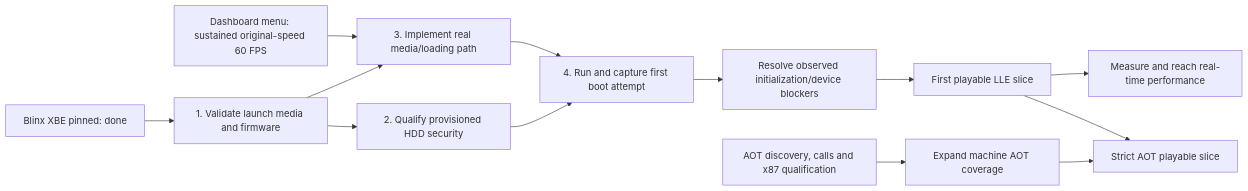
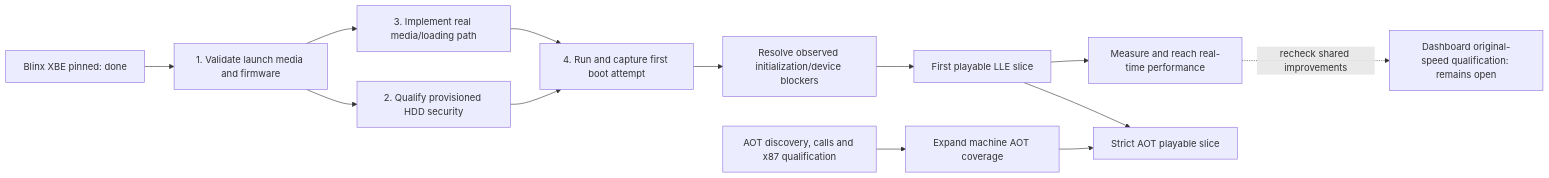
Before and after one commit to mstan/xboxllr: the diagram in docs/BLINX-BURNDOWN.md, drawn with Mermaid. The commit also changed other lines of this file and 18 other files, not shown here.

````diff
--- a/docs/BLINX-BURNDOWN.md
+++ b/docs/BLINX-BURNDOWN.md
@@ -34,15 +36,16 @@
 ```mermaid
 flowchart LR
-    M["Dashboard menu: sustained original-speed 60 FPS"] --> C
+    M["Dashboard original-speed qualification: remains open"]
+    J -. "recheck shared improvements" .-> M
     A["Blinx XBE pinned: done"] --> B["1. Validate launch media and firmware"]
     B --> S["2. Qualify provisioned HDD security"]
     B --> C["3. Implement real media/loading path"]
     S --> D["4. Run and capture first boot attempt"]
     C --> D
     D --> E["Resolve observed initialization/device blockers"]
     E --> F["First playable LLE slice"]
     G["AOT discovery, calls and x87 qualification"] --> H["Expand machine AOT coverage"]
     H --> I["Strict AOT playable slice"]
     F --> I
     F --> J["Measure and reach real-time performance"]
 ```
````
